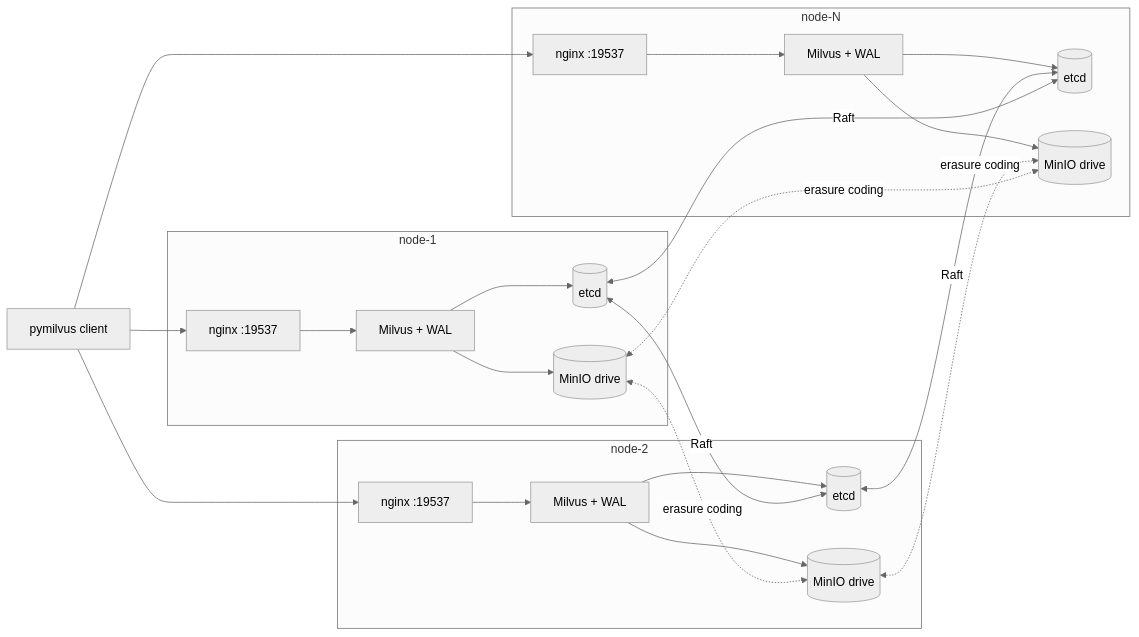
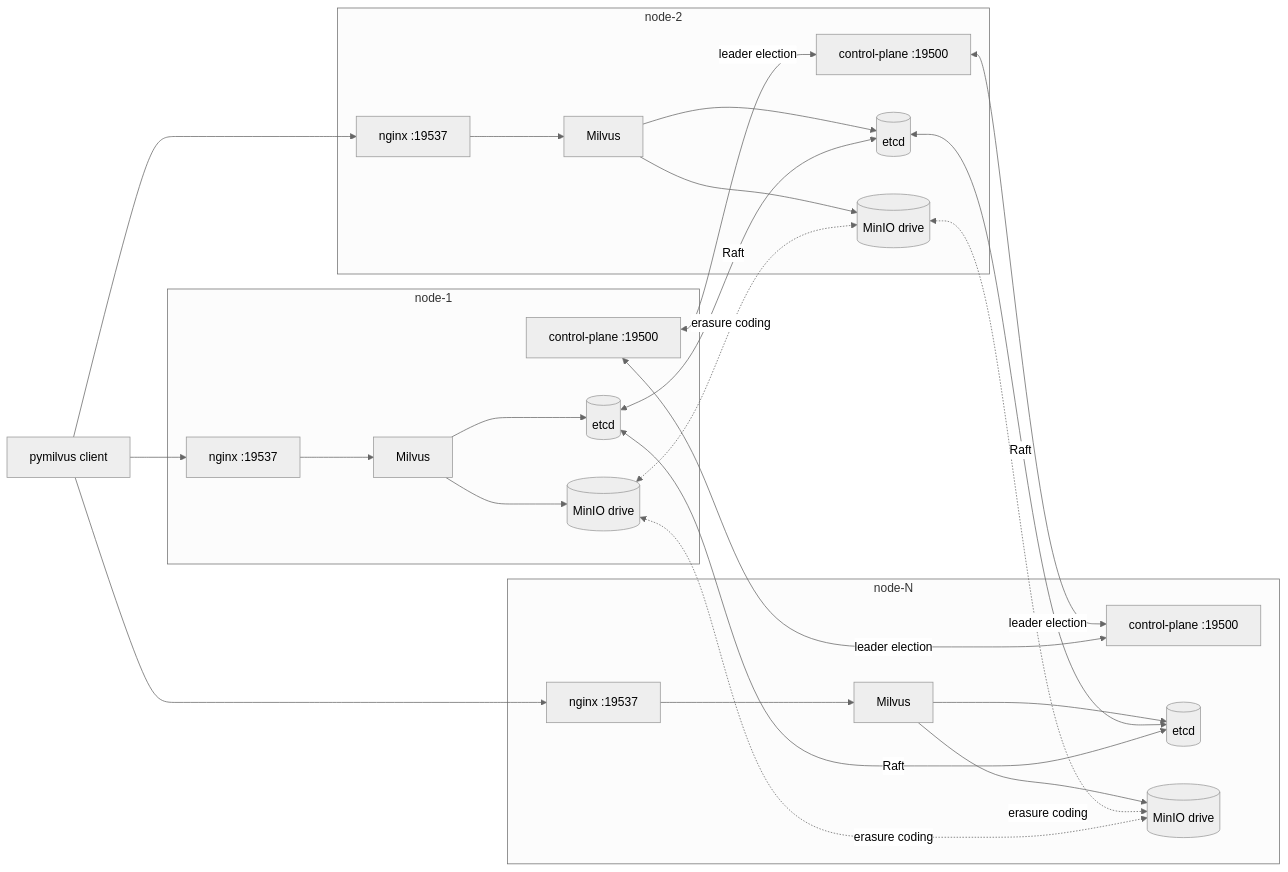
Before and after one commit to codeadeel/milvus-onprem: the first of 2 diagrams in README.md, drawn with Mermaid (neutral theme). The commit also changed other lines of this file and 1 other file, not shown here.

````diff
--- a/README.md
+++ b/README.md
@@ -25,31 +26,37 @@
 ```mermaid
 flowchart LR
   C[pymilvus client]
 
   subgraph node1["node-1"]
-    N1[nginx :19537] --> M1[Milvus + WAL]
+    N1[nginx :19537] --> M1[Milvus]
+    D1[control-plane :19500]
     M1 --> E1[(etcd)]
     M1 --> S1[(MinIO drive)]
   end
   subgraph node2["node-2"]
-    N2[nginx :19537] --> M2[Milvus + WAL]
+    N2[nginx :19537] --> M2[Milvus]
+    D2[control-plane :19500]
     M2 --> E2[(etcd)]
     M2 --> S2[(MinIO drive)]
   end
   subgraph nodeN["node-N"]
-    NN[nginx :19537] --> MN[Milvus + WAL]
+    NN[nginx :19537] --> MN[Milvus]
+    DN[control-plane :19500]
     MN --> EN[(etcd)]
     MN --> SN[(MinIO drive)]
   end
 
   C --> N1
   C --> N2
   C --> NN
 
   E1 <-->|Raft| E2
   E2 <-->|Raft| EN
   E1 <-->|Raft| EN
   S1 <-.->|erasure coding| S2
   S2 <-.->|erasure coding| SN
   S1 <-.->|erasure coding| SN
+  D1 <-->|leader election| D2
+  D2 <-->|leader election| DN
+  D1 <-->|leader election| DN
 ```
````
